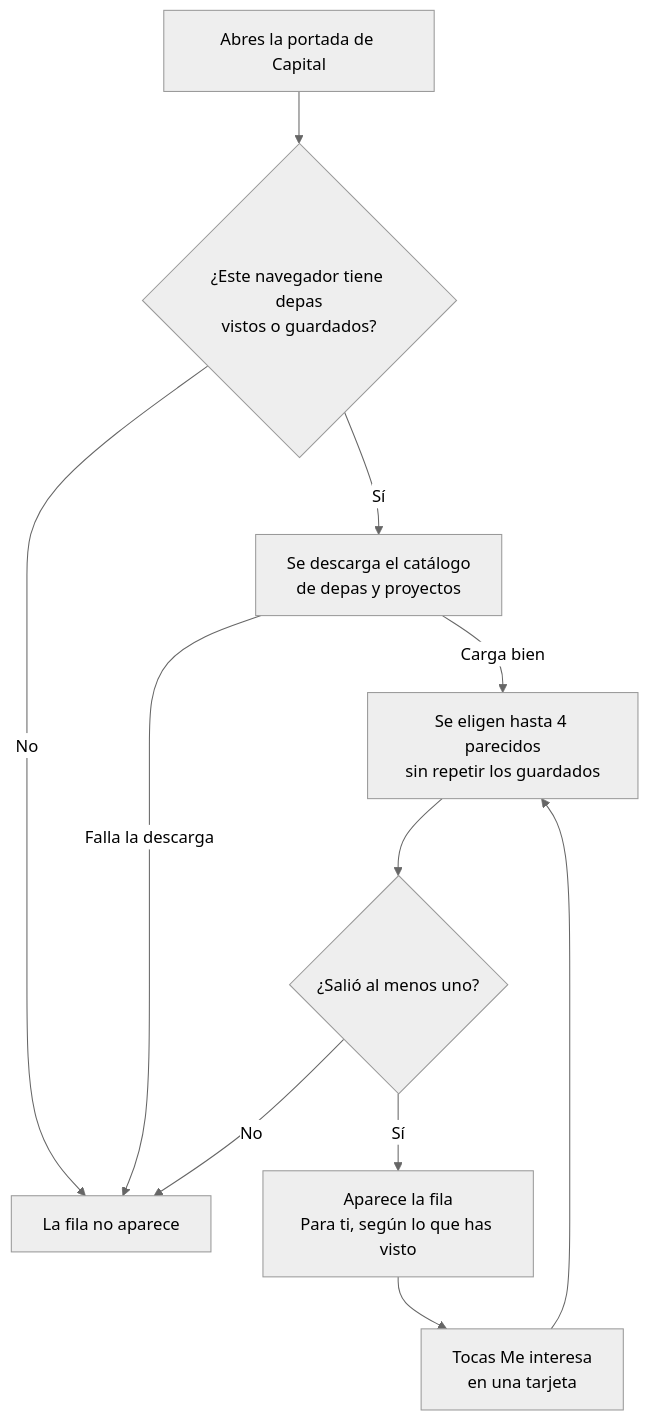
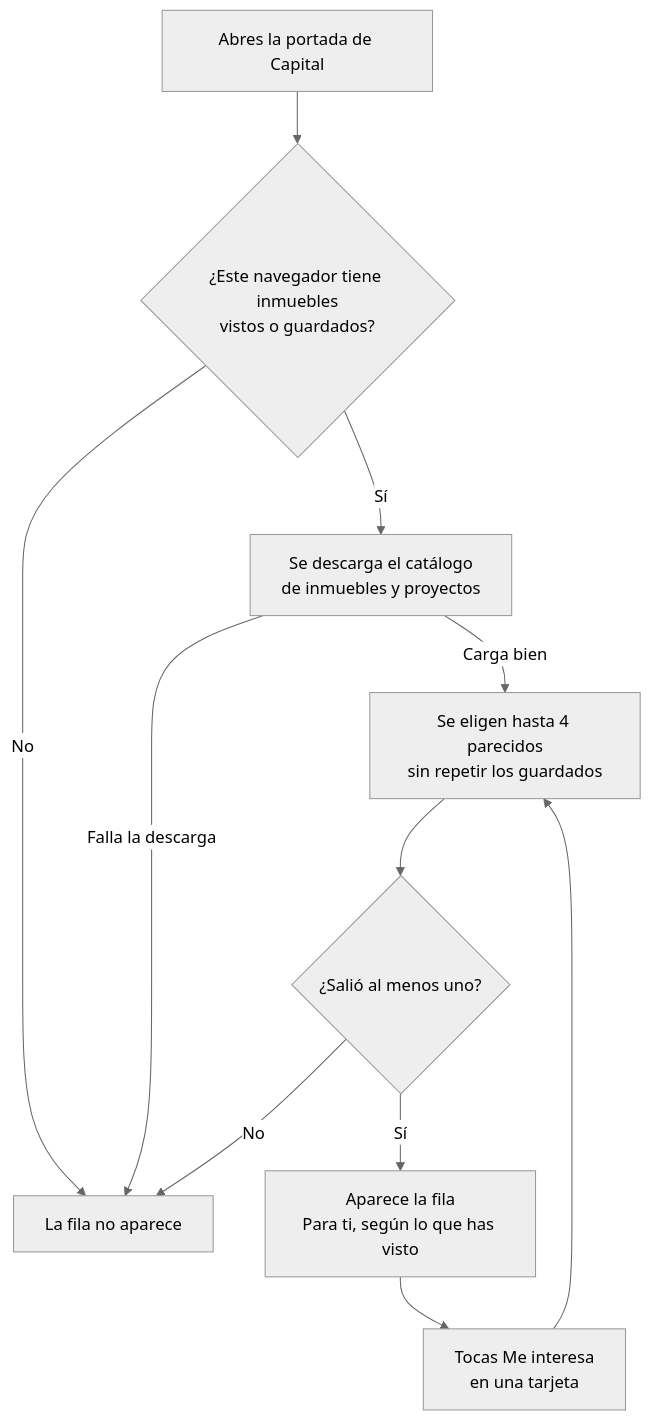
The fifth of 17 diagrams in docs/plataforma/09-manual-funcional.md (samirharrytl/DHC_landing), drawn with Mermaid (neutral theme) before and after one commit. The commit also changed other lines of this file and 72 other files, not shown here.

First line of the commit message:
Fuente Poppins como depahostperu.com, "Mis depas" pasa a "Mis inmuebles" y cambios en API y panel

````diff
--- a/docs/plataforma/09-manual-funcional.md
+++ b/docs/plataforma/09-manual-funcional.md
@@ -817,13 +812,13 @@
 ```mermaid
 flowchart TD
-    abre["Abres la portada de Capital"] --> senal{"¿Este navegador tiene depas<br/>vistos o guardados?"}
+    abre["Abres la portada de Capital"] --> senal{"¿Este navegador tiene inmuebles<br/>vistos o guardados?"}
     senal -->|"No"| oculta["La fila no aparece"]
-    senal -->|"Sí"| carga["Se descarga el catálogo<br/>de depas y proyectos"]
+    senal -->|"Sí"| carga["Se descarga el catálogo<br/>de inmuebles y proyectos"]
     carga -->|"Falla la descarga"| oculta
     carga -->|"Carga bien"| calcula["Se eligen hasta 4 parecidos<br/>sin repetir los guardados"]
     calcula --> hay{"¿Salió al menos uno?"}
     hay -->|"No"| oculta
     hay -->|"Sí"| fila["Aparece la fila<br/>Para ti, según lo que has visto"]
     fila --> toca["Tocas Me interesa<br/>en una tarjeta"]
     toca --> calcula
 ```
````
